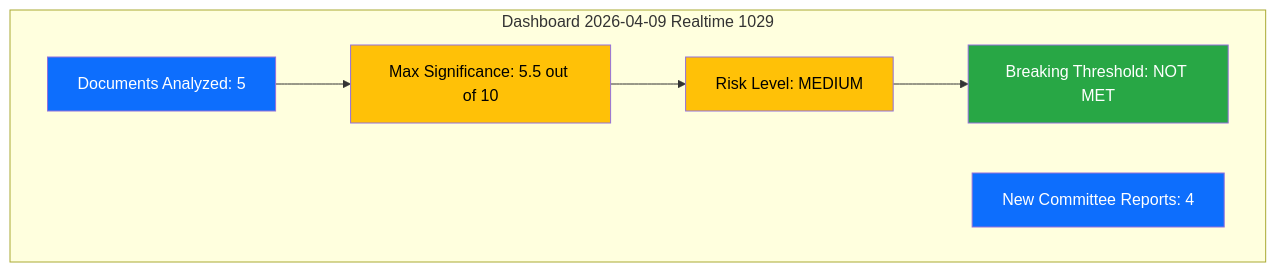
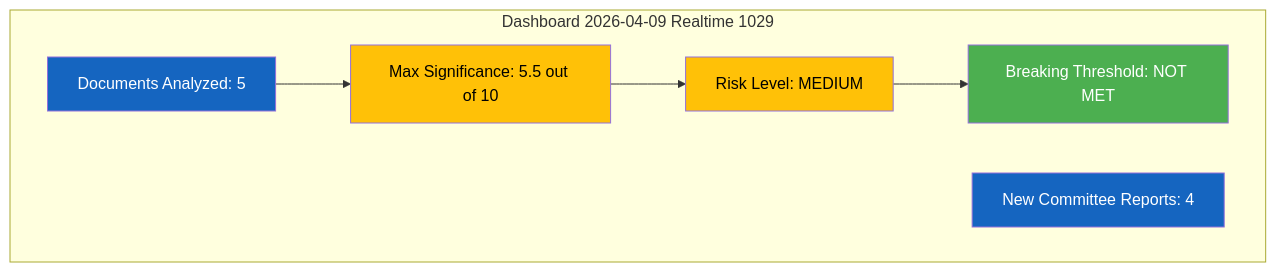
Before and after one commit to Hack23/riksdagsmonitor: the first of 2 diagrams in analysis/daily/2026-04-09/realtime-1029/synthesis-summary.md, drawn with Mermaid. The commit also changed other lines of this file and 785 other files, not shown here.

First line of the commit message:
Normalize mermaid colors across 786 analysis artifacts to ISMS Style Guide palette

````diff
--- a/analysis/daily/2026-04-09/realtime-1029/synthesis-summary.md
+++ b/analysis/daily/2026-04-09/realtime-1029/synthesis-summary.md
@@ -9,18 +9,18 @@
 ```mermaid
 graph TD
     subgraph Dashboard 2026-04-09 Realtime 1029
         D1[Documents Analyzed: 5]
         D2[Max Significance: 5.5 out of 10]
         D3[Risk Level: MEDIUM]
         D4[Breaking Threshold: NOT MET]
         D5[New Committee Reports: 4]
     end
     D1 --> D2
     D2 --> D3
     D3 --> D4
-    style D1 fill:#0d6efd,color:#ffffff
-    style D2 fill:#ffc107,color:#000000
-    style D3 fill:#ffc107,color:#000000
-    style D4 fill:#28a745,color:#ffffff
-    style D5 fill:#0d6efd,color:#ffffff
+    style D1 fill:#1565C0,color:#FFFFFF
+    style D2 fill:#FFC107,color:#000000
+    style D3 fill:#FFC107,color:#000000
+    style D4 fill:#4CAF50,color:#FFFFFF
+    style D5 fill:#1565C0,color:#FFFFFF
 ```
````
